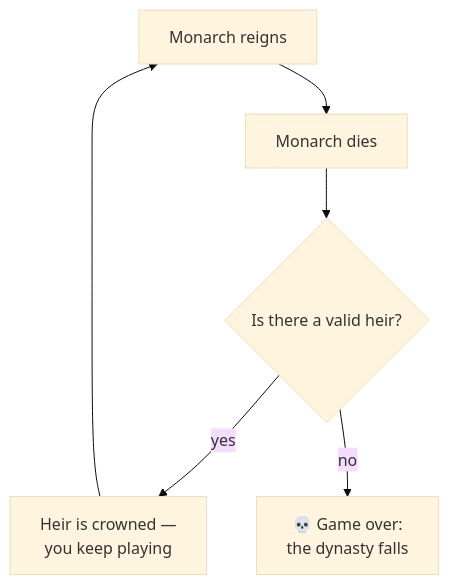
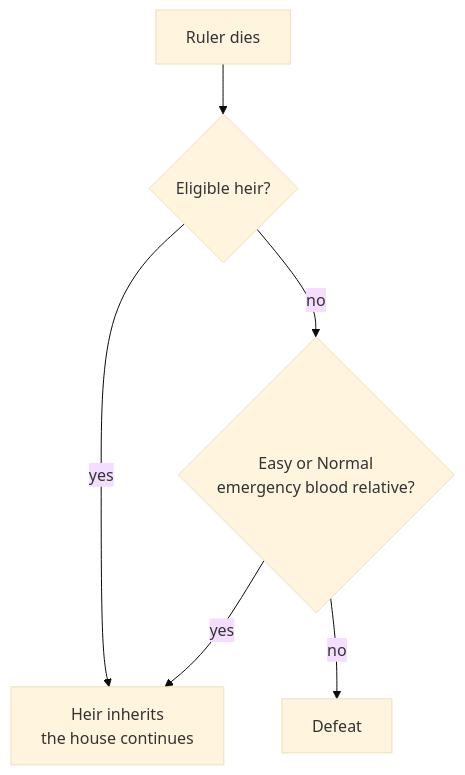
One commit to kroryan/Quartz-HispaniaBeta changed the second of 2 diagrams in content/basics/Time and Your Lifespan.md. Above: the diagram before and after it, drawn with Mermaid (base theme). The commit also changed other lines of this file and 35 other files, not shown here.

````diff
--- a/content/basics/Time and Your Lifespan.md
+++ b/content/basics/Time and Your Lifespan.md
@@ -36,8 +34,8 @@
 ```mermaid
 flowchart TD
-    A[Monarch reigns] --> B[Monarch dies]
-    B --> C{Is there a valid heir?}
-    C -->|yes| D[Heir is crowned —<br/>you keep playing]
-    C -->|no| E[💀 Game over:<br/>the dynasty falls]
-    D --> A
+    A[Ruler dies] --> B{Eligible heir?}
+    B -->|yes| C[Heir inherits<br/>the house continues]
+    B -->|no| D{Easy or Normal<br/>emergency blood relative?}
+    D -->|yes| C
+    D -->|no| X[Defeat]
 ```
````
